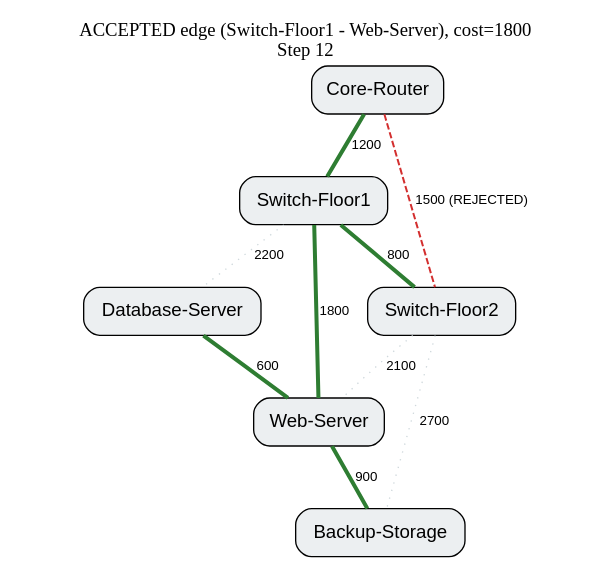
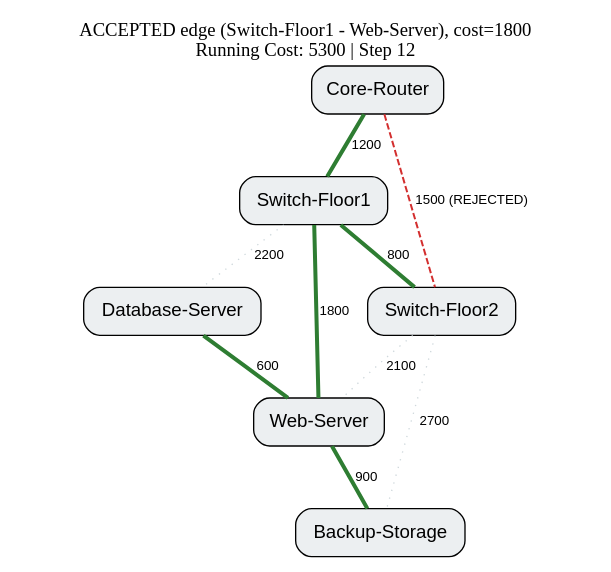
The diagram in docs/results/replay_frames/frame_012.dot (bariiqmalik/netopt), drawn with Graphviz before and after one commit. The commit also changed 64 other files, not shown here.

Commit message:
fix(replay): self-contained rendered HTML with graceful Graphviz fallback

```diff
--- a/docs/results/replay_frames/frame_012.dot
+++ b/docs/results/replay_frames/frame_012.dot
@@ -1,23 +1,23 @@
 graph Frame {
-  label="ACCEPTED edge (Switch-Floor1 - Web-Server), cost=1800\nStep 12";
+  label="ACCEPTED edge (Switch-Floor1 - Web-Server), cost=1800\nRunning Cost: 5300 | Step 12";
   labelloc="t";
   node [shape=box, style="filled,rounded", fillcolor="#ECEFF1", fontname="Helvetica"];
   edge [fontname="Helvetica", fontsize=10];
 
   1 [label="Core-Router"];
   2 [label="Switch-Floor1"];
   3 [label="Switch-Floor2"];
   4 [label="Database-Server"];
   5 [label="Web-Server"];
   6 [label="Backup-Storage"];
 
   1 -- 2 [label="1200", color="#2E7D32", penwidth=3.0];
   1 -- 3 [label="1500 (REJECTED)", color="#D32F2F", penwidth=1.5, style="dashed"];
   2 -- 3 [label="800", color="#2E7D32", penwidth=3.0];
   2 -- 4 [label="2200", color="#CFD8DC", style="dotted"];
   2 -- 5 [label="1800", color="#2E7D32", penwidth=3.0];
   3 -- 5 [label="2100", color="#CFD8DC", style="dotted"];
   3 -- 6 [label="2700", color="#CFD8DC", style="dotted"];
   4 -- 5 [label="600", color="#2E7D32", penwidth=3.0];
   5 -- 6 [label="900", color="#2E7D32", penwidth=3.0];
 }
```
